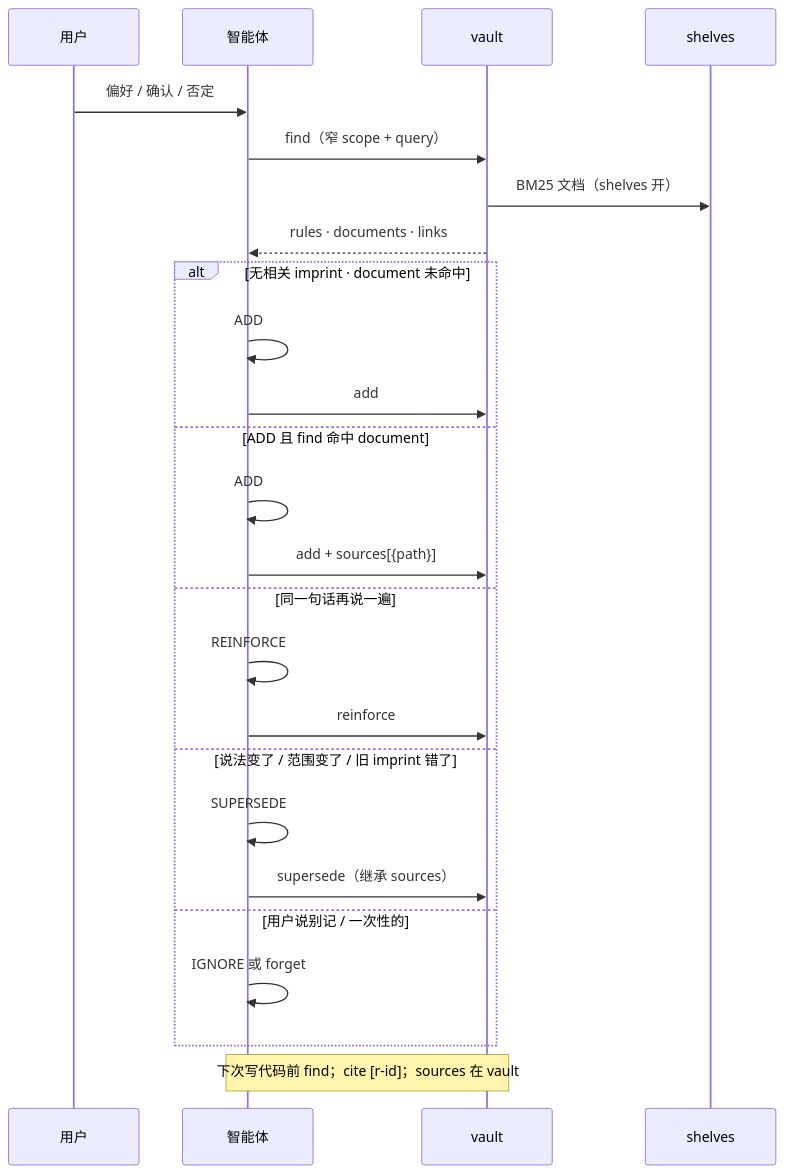
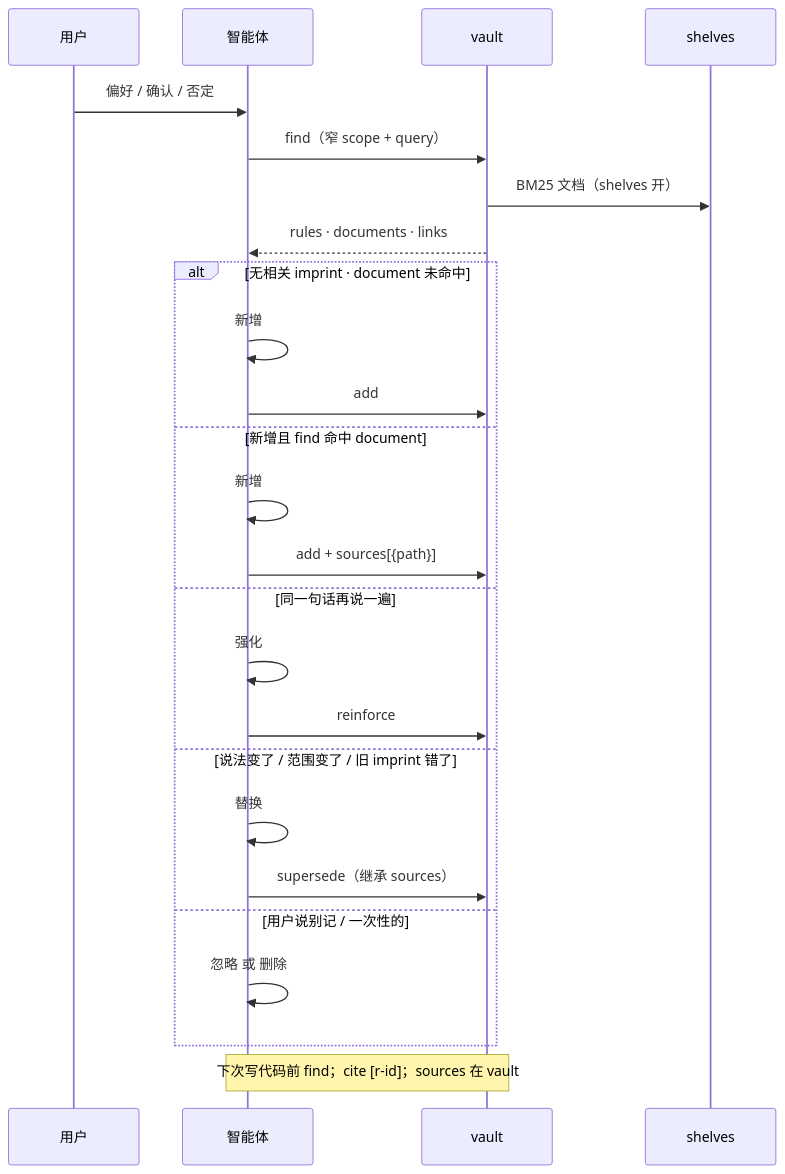
The diagram in docs/correction.zh.md (SteamedBread2333/imprint), drawn with Mermaid before and after one commit. The commit also changed other lines of this file and 6 other files, not shown here.

````diff
--- a/docs/correction.zh.md
+++ b/docs/correction.zh.md
@@ -21,30 +21,30 @@
 ```mermaid
 sequenceDiagram
   participant U as 用户
   participant A as 智能体
   participant V as vault
   participant S as shelves
 
   U->>A: 偏好 / 确认 / 否定
   A->>V: find（窄 scope + query）
   V->>S: BM25 文档（shelves 开）
   V-->>A: rules · documents · links
 
   alt 无相关 imprint · document 未命中
-    A->>A: ADD
+    A->>A: 新增
     A->>V: add
-  else ADD 且 find 命中 document
-    A->>A: ADD
+  else 新增且 find 命中 document
+    A->>A: 新增
     A->>V: add + sources[{path}]
   else 同一句话再说一遍
-    A->>A: REINFORCE
+    A->>A: 强化
     A->>V: reinforce
   else 说法变了 / 范围变了 / 旧 imprint 错了
-    A->>A: SUPERSEDE
+    A->>A: 替换
     A->>V: supersede（继承 sources）
   else 用户说别记 / 一次性的
-    A->>A: IGNORE 或 forget
+    A->>A: 忽略 或 删除
   end
 
   Note over A,V: 下次写代码前 find；cite [r-id]；sources 在 vault
 ```
````
